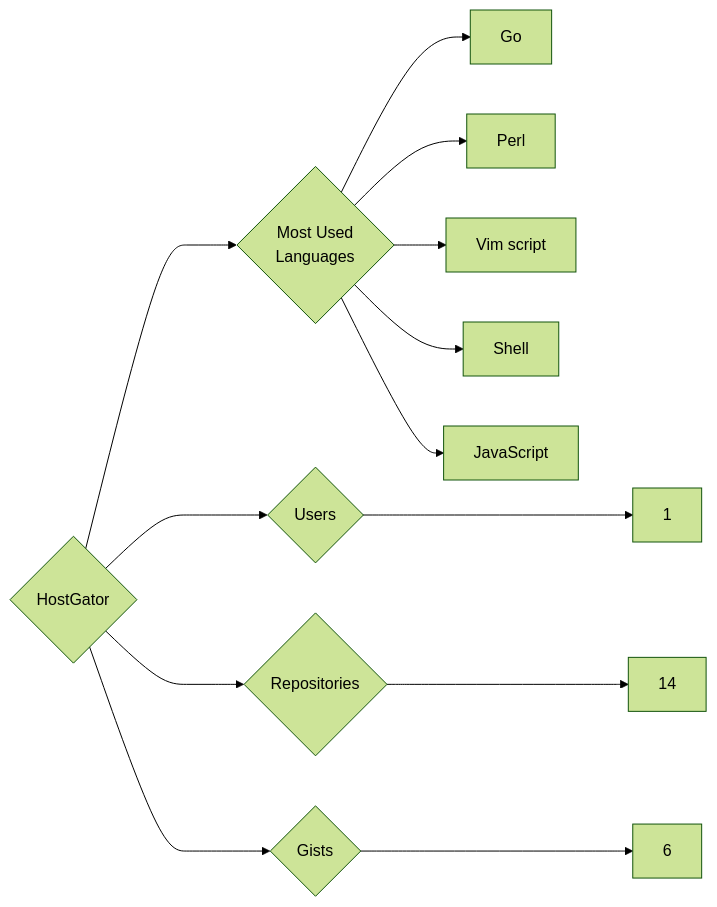
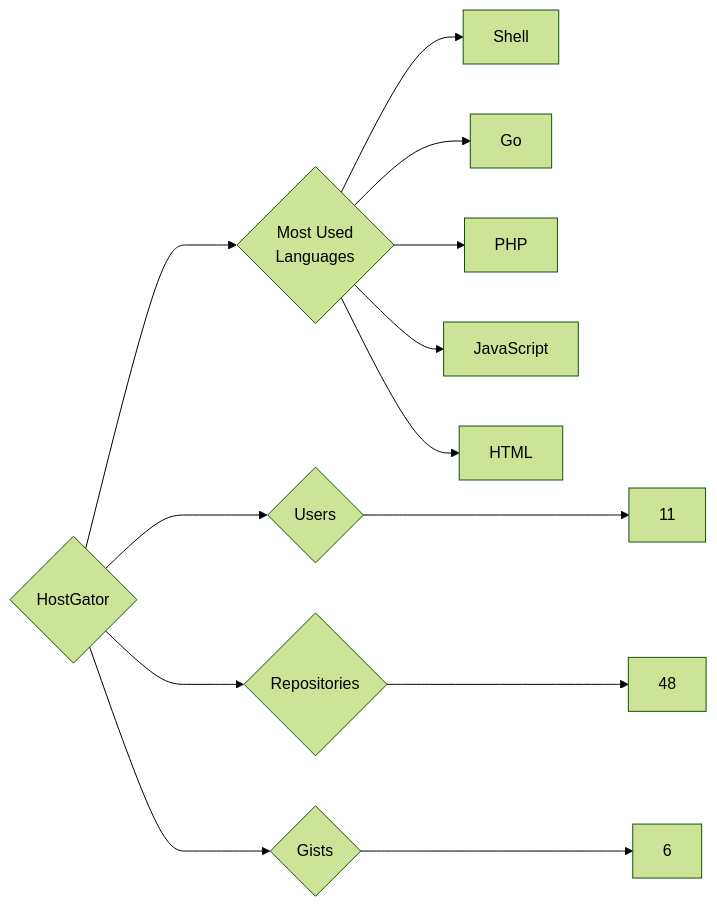
The diagram in targets/HostGator/README.md (trickest/insiders), drawn with Mermaid (forest theme) before and after one commit. The commit also changed 912 other files, not shown here.

````diff
--- a/targets/HostGator/README.md
+++ b/targets/HostGator/README.md
@@ -3,13 +3,13 @@
 ```mermaid
 graph LR
 COMPANY_NAME{HostGator}
-COMPANY_NAME ---> U{Users} ---> UN[1]
-COMPANY_NAME ---> R{Repositories} ---> RN[14]
+COMPANY_NAME ---> U{Users} ---> UN[11]
+COMPANY_NAME ---> R{Repositories} ---> RN[48]
 COMPANY_NAME ---> G{Gists} ---> GN[6]
 COMPANY_NAME ---> ML{Most Used<br>Languages}
+ML --> Shell[Shell]
 ML --> Go[Go]
-ML --> Perl[Perl]
-ML --> Vim_script[Vim script]
-ML --> Shell[Shell]
+ML --> PHP[PHP]
 ML --> JavaScript[JavaScript]
+ML --> HTML[HTML]
 ```
````
